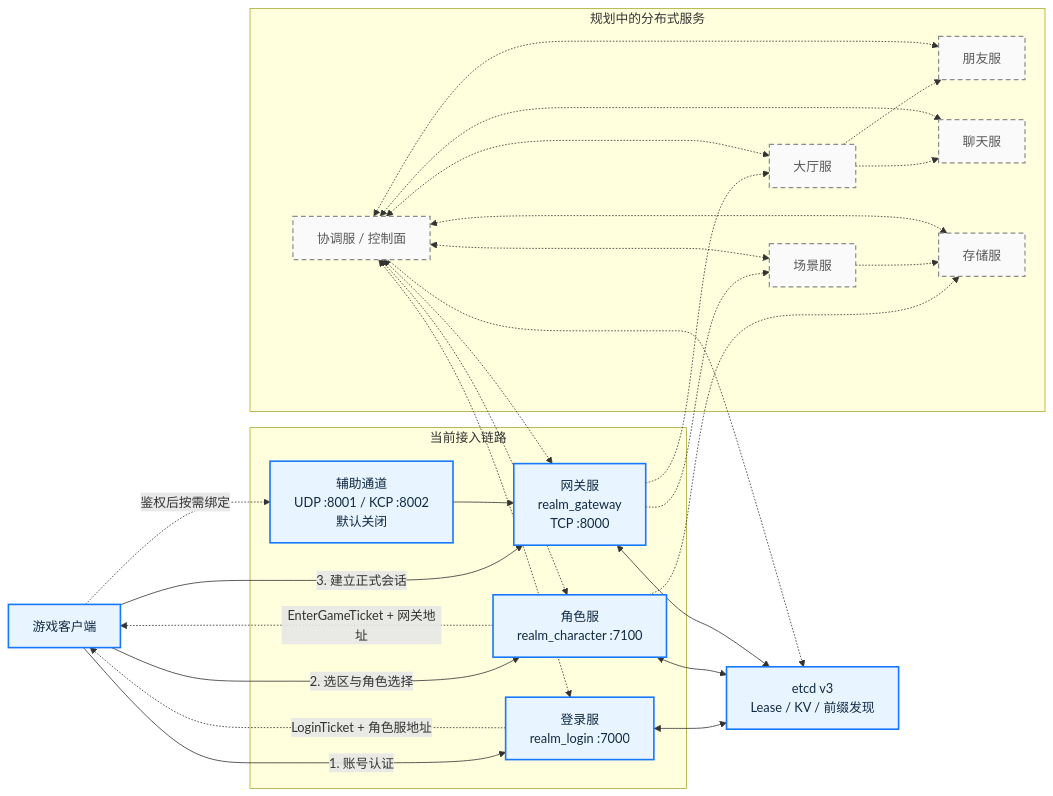
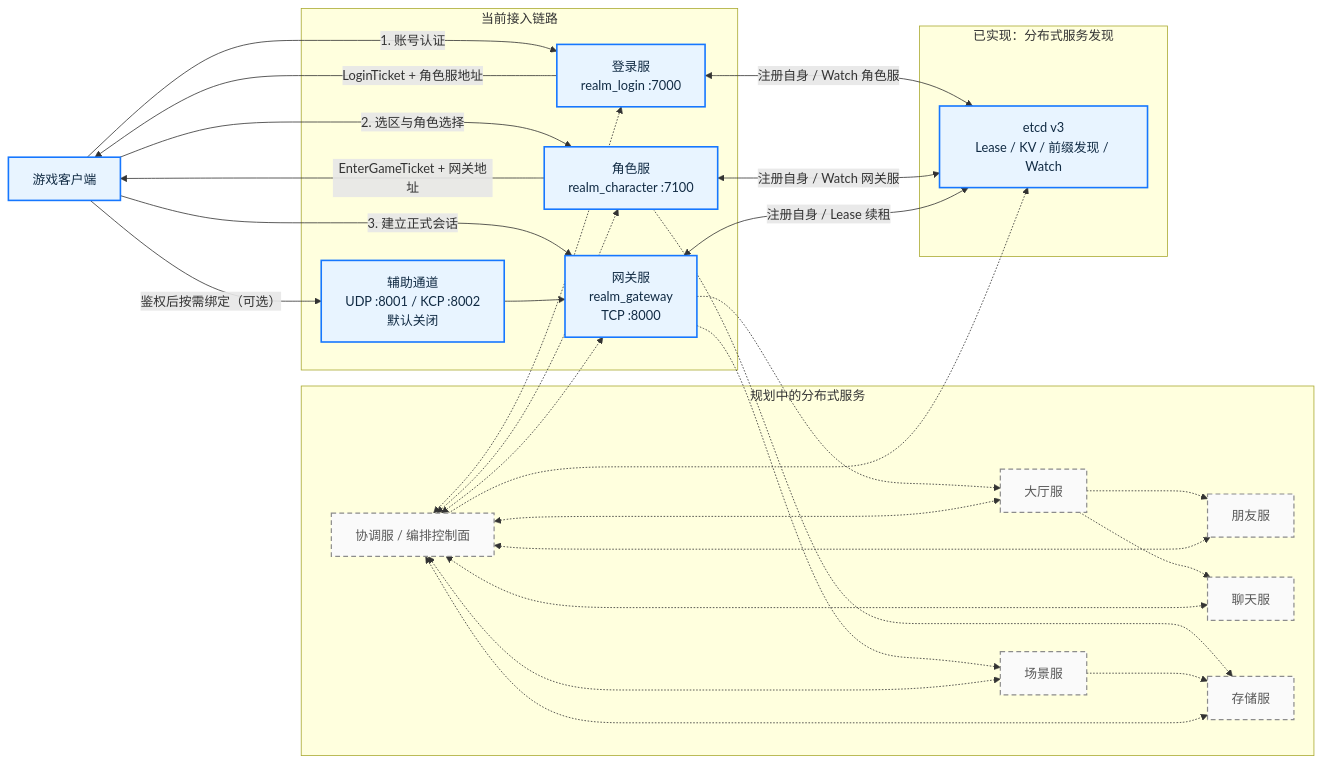
One commit to lvivvde/RealmMesh changed the first of 4 diagrams in docs/architecture.md. Above: the diagram before and after it, drawn with Mermaid. The commit also changed other lines of this file and 1 other file, not shown here.

Commit message:
docs: clarify implemented service discovery

````diff
--- a/docs/architecture.md
+++ b/docs/architecture.md
@@ -9,56 +10,58 @@
 ```mermaid
 flowchart LR
     Client["游戏客户端"]
 
     subgraph Edge["当前接入链路"]
         Login["登录服<br/>realm_login :7000"]
         Realm["角色服<br/>realm_character :7100"]
         Gateway["网关服<br/>realm_gateway<br/>TCP :8000"]
         Auxiliary["辅助通道<br/>UDP :8001 / KCP :8002<br/>默认关闭"]
     end
 
     Client -->|"1. 账号认证"| Login
-    Login -.->|"LoginTicket + 角色服地址"| Client
+    Login -->|"LoginTicket + 角色服地址"| Client
     Client -->|"2. 选区与角色选择"| Realm
-    Realm -.->|"EnterGameTicket + 网关地址"| Client
+    Realm -->|"EnterGameTicket + 网关地址"| Client
     Client -->|"3. 建立正式会话"| Gateway
-    Client -.->|"鉴权后按需绑定"| Auxiliary
+    Client -->|"鉴权后按需绑定（可选）"| Auxiliary
     Auxiliary --> Gateway
 
     subgraph Planned["规划中的分布式服务"]
-        Coordinator["协调服 / 控制面"]
+        Coordinator["协调服 / 编排控制面"]
         Lobby["大厅服"]
         Scene["场景服"]
         Friend["朋友服"]
         Chat["聊天服"]
         Storage["存储服"]
     end
 
-    Etcd["etcd v3<br/>Lease / KV / 前缀发现"]
+    subgraph Discovery["已实现：分布式服务发现"]
+        Etcd["etcd v3<br/>Lease / KV / 前缀发现 / Watch"]
+    end
 
     Gateway -.-> Lobby
     Gateway -.-> Scene
     Lobby -.-> Friend
     Lobby -.-> Chat
     Realm -.-> Storage
     Scene -.-> Storage
 
     Coordinator <-.-> Login
     Coordinator <-.-> Realm
     Coordinator <-.-> Gateway
     Coordinator <-.-> Lobby
     Coordinator <-.-> Scene
     Coordinator <-.-> Friend
     Coordinator <-.-> Chat
     Coordinator <-.-> Storage
     Coordinator -.-> Etcd
 
-    Login <--> Etcd
-    Realm <--> Etcd
-    Gateway <--> Etcd
+    Login <-->|"注册自身 / Watch 角色服"| Etcd
+    Realm <-->|"注册自身 / Watch 网关服"| Etcd
+    Gateway <-->|"注册自身 / Lease 续租"| Etcd
 
     classDef implemented fill:#e8f4ff,stroke:#1677ff,stroke-width:2px,color:#102a43;
     classDef planned fill:#fafafa,stroke:#8c8c8c,stroke-width:1.5px,stroke-dasharray:6 4,color:#595959;
     class Client,Login,Realm,Gateway,Auxiliary,Etcd implemented;
     class Coordinator,Lobby,Scene,Friend,Chat,Storage planned;
 ```
````
